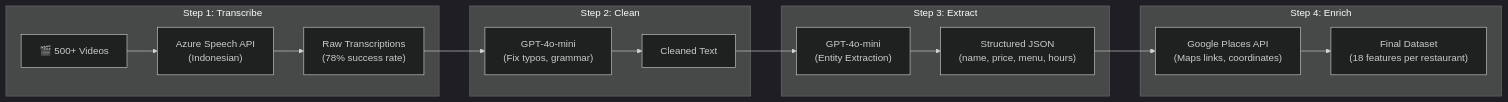
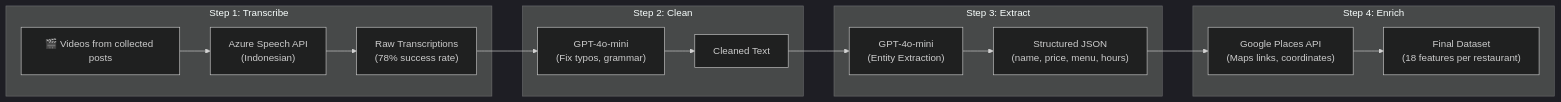
The second of 3 diagrams in content/projects/food-chatbot.mdx (Fauza27/Fauza-Personal-Portofolio-Website), drawn with Mermaid (dark theme) before and after one commit. The commit also changed other lines of this file and 13 other files, not shown here.

````diff
--- a/content/projects/food-chatbot.mdx
+++ b/content/projects/food-chatbot.mdx
@@ -73,22 +73,22 @@
 ```mermaid
 flowchart LR
     subgraph Step1 ["Step 1: Transcribe"]
-        V["🎬 500+ Videos"] --> AZ["Azure Speech API\n(Indonesian)"]
+        V["🎬 Videos from collected posts"] --> AZ["Azure Speech API\n(Indonesian)"]
         AZ --> Raw["Raw Transcriptions\n(78% success rate)"]
     end
 
     subgraph Step2 ["Step 2: Clean"]
         Raw --> GPT1["GPT-4o-mini\n(Fix typos, grammar)"]
         GPT1 --> Clean["Cleaned Text"]
     end
 
     subgraph Step3 ["Step 3: Extract"]
         Clean --> GPT2["GPT-4o-mini\n(Entity Extraction)"]
         GPT2 --> Struct["Structured JSON\n(name, price, menu, hours)"]
     end
 
     subgraph Step4 ["Step 4: Enrich"]
         Struct --> GCP["Google Places API\n(Maps links, coordinates)"]
         GCP --> Final["Final Dataset\n(18 features per restaurant)"]
     end
 ```
````
